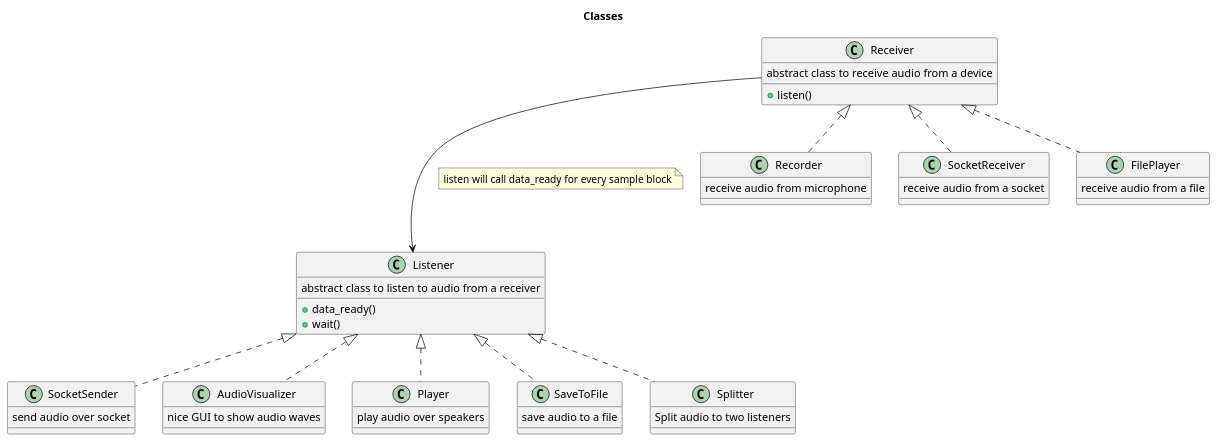
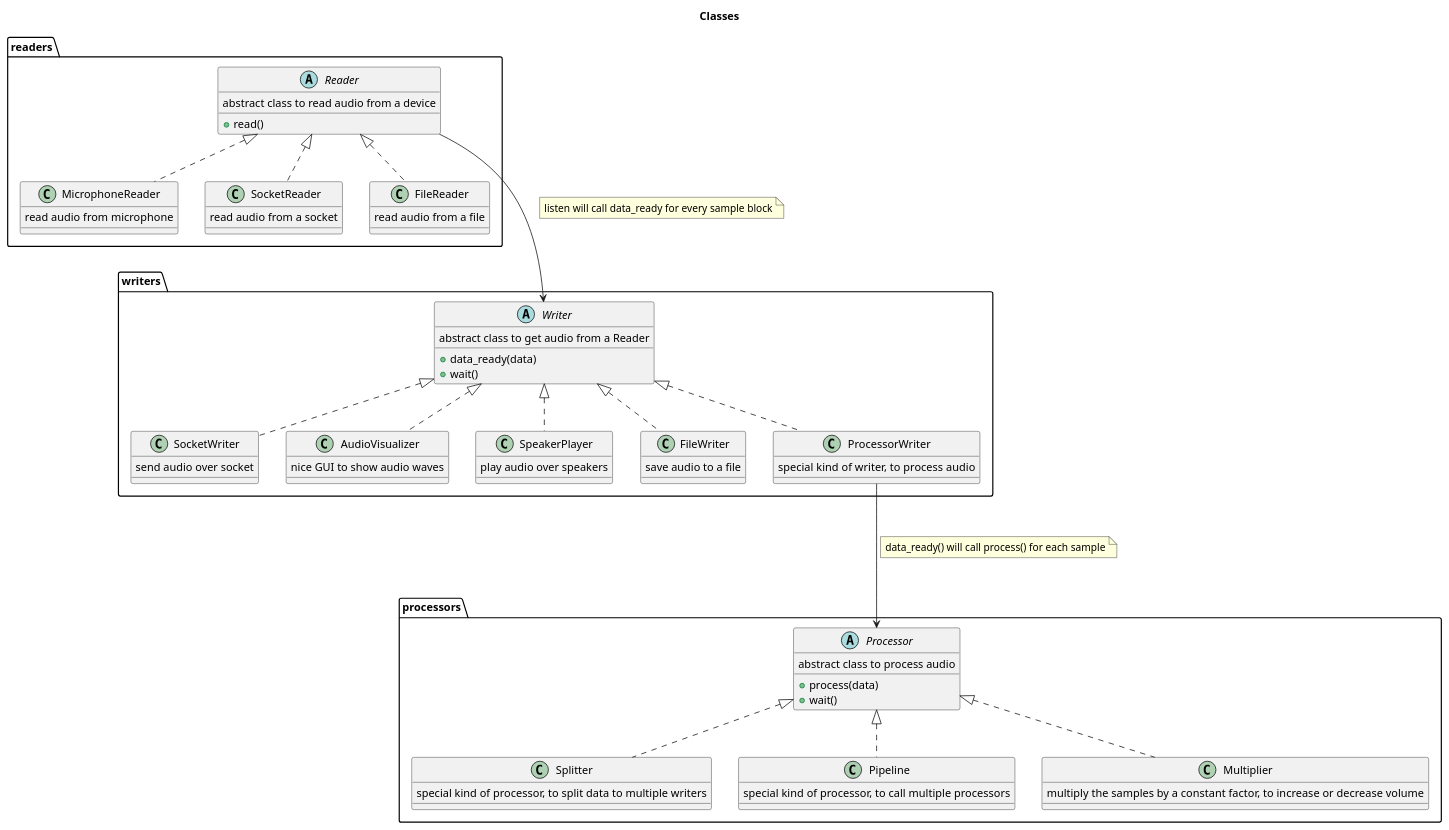
One commit to WajdBoulos/real_time_speech_denoiser changed the diagram in doc/classes.puml. Above: the diagram before and after it, drawn with PlantUML. The commit also changed 4 other files, not shown here.

Commit message:
Add and update plantUML documentation

```diff
--- a/doc/classes.puml
+++ b/doc/classes.puml
@@ -1,54 +1,83 @@
 @startuml
 
 title Classes
 
+package readers {
+  abstract Reader {
+    abstract class to read audio from a device
+    +read()
+  }
 
-class Receiver {
-  abstract class to receive audio from a device
-  +listen()
+  class MicrophoneReader implements Reader {
+    read audio from microphone
+  }
+
+  class SocketReader implements Reader {
+    read audio from a socket
+  }
+
+  class FileReader implements Reader {
+    read audio from a file
+  }
 }
 
-class Listener {
-  abstract class to listen to audio from a receiver
-  +data_ready()
-  +wait()
+package writers {
+  abstract Writer {
+    abstract class to get audio from a Reader
+    +data_ready(data)
+    +wait()
+  }
+
+  class SocketWriter implements Writer {
+    send audio over socket
+  }
+
+  class AudioVisualizer implements Writer {
+    nice GUI to show audio waves
+  }
+
+  class SpeakerPlayer implements Writer {
+    play audio over speakers
+  }
+
+  class FileWriter implements Writer {
+    save audio to a file
+  }
+
+  class ProcessorWriter implements Writer {
+    special kind of writer, to process audio
+  }
 }
 
-class Recorder implements Receiver {
-  receive audio from microphone
-}
-
-class SocketReceiver implements Receiver {
-  receive audio from a socket
-}
-class FilePlayer implements Receiver {
-  receive audio from a file
-}
-
-
-class SocketSender implements Listener {
-  send audio over socket
-}
-
-class AudioVisualizer implements Listener {
-  nice GUI to show audio waves
-}
-
-class Player implements Listener {
-  play audio over speakers
-}
-
-class SaveToFile implements Listener {
-  save audio to a file
-}
-
-class Splitter implements Listener {
-  Split audio to two listeners
-}
-
-Receiver ---> Listener
+Reader ---> Writer
 note on link
   listen will call data_ready for every sample block
 end note
 
+package processors {
+  abstract Processor {
+    abstract class to process audio
+    +process(data)
+    +wait()
+  }
+
+  class Splitter implements Processor {
+    special kind of processor, to split data to multiple writers
+  }
+
+  class Pipeline implements Processor {
+    special kind of processor, to call multiple processors
+  }
+
+  class Multiplier implements Processor {
+    multiply the samples by a constant factor, to increase or decrease volume
+  }
+}
+
+ProcessorWriter ---> Processor
+note on link
+  data_ready() will call process() for each sample
+end note
+
+
 @enduml
```
